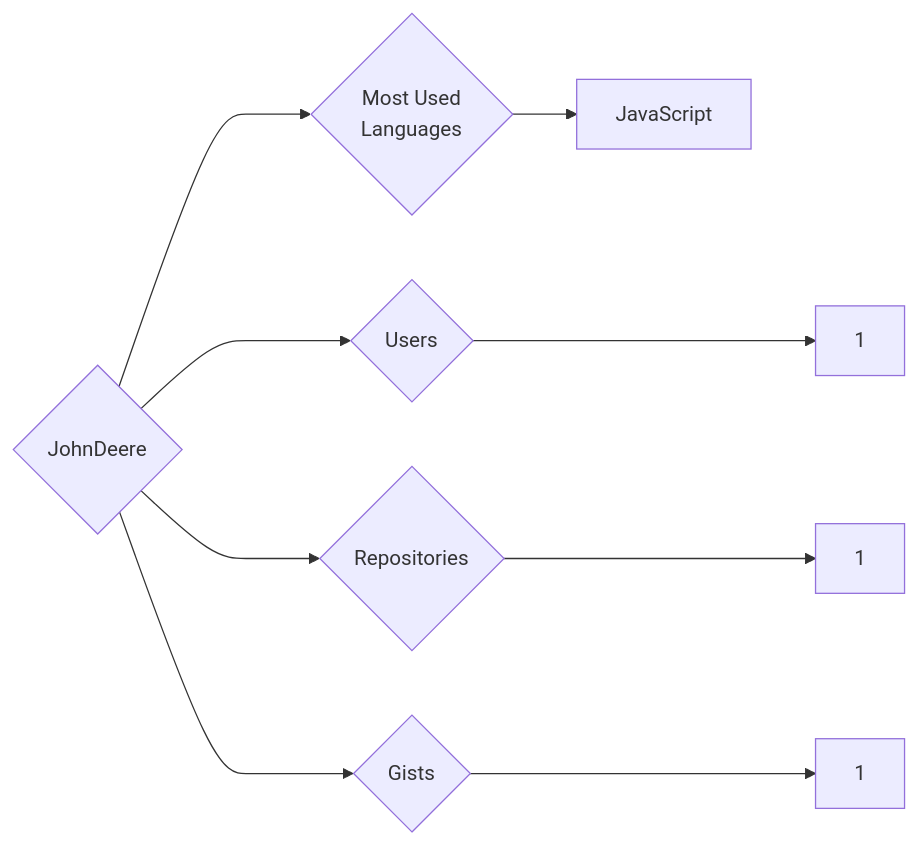
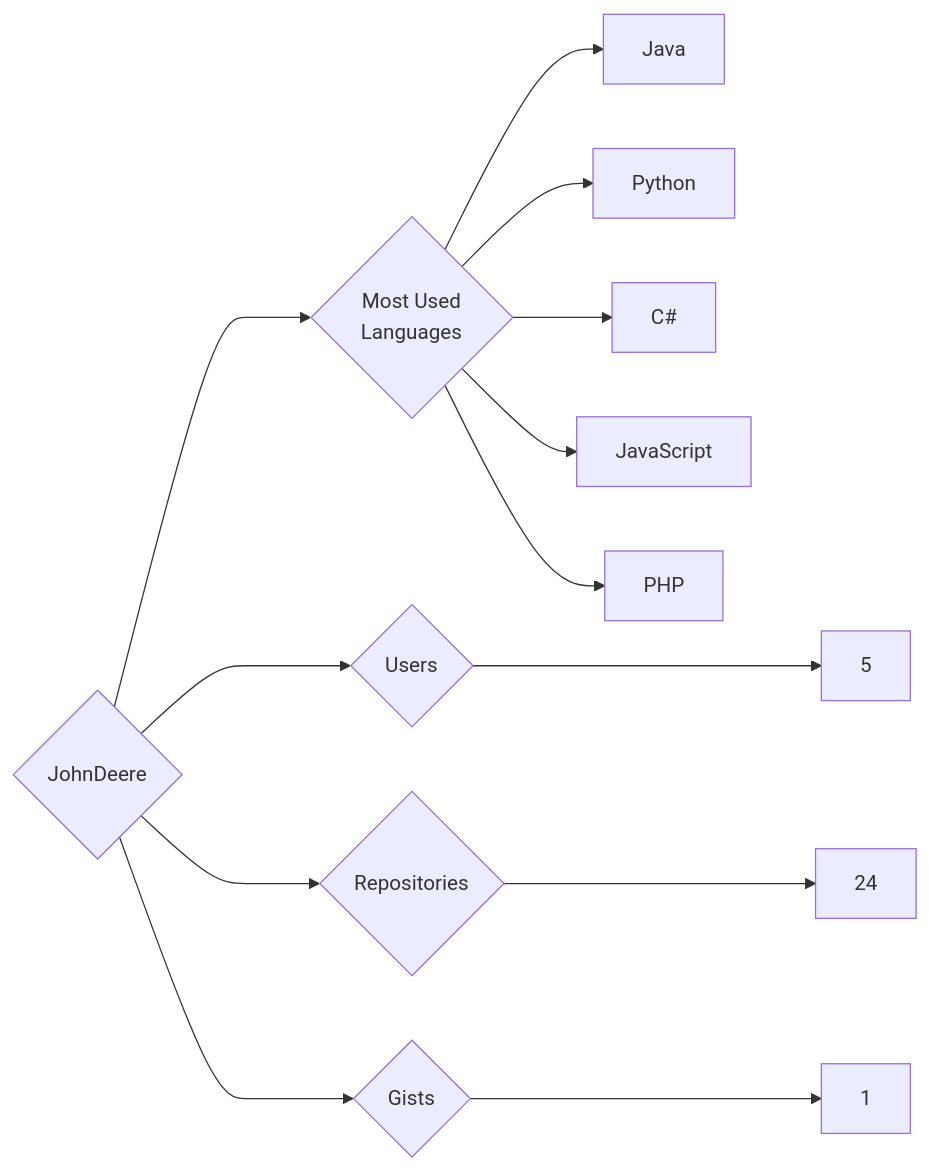
The diagram in targets/JohnDeere/README.md (trickest/insiders), drawn with Mermaid before and after one commit. The commit also changed 944 other files, not shown here.

````diff
--- a/targets/JohnDeere/README.md
+++ b/targets/JohnDeere/README.md
@@ -3,9 +3,13 @@
 ```mermaid
 graph LR
 COMPANY_NAME{JohnDeere}
-COMPANY_NAME ---> U{Users} ---> UN[1]
-COMPANY_NAME ---> R{Repositories} ---> RN[1]
+COMPANY_NAME ---> U{Users} ---> UN[5]
+COMPANY_NAME ---> R{Repositories} ---> RN[24]
 COMPANY_NAME ---> G{Gists} ---> GN[1]
 COMPANY_NAME ---> ML{Most Used<br>Languages}
+ML --> Java[Java]
+ML --> Python[Python]
+ML --> C#[C#]
 ML --> JavaScript[JavaScript]
+ML --> PHP[PHP]
 ```
````
